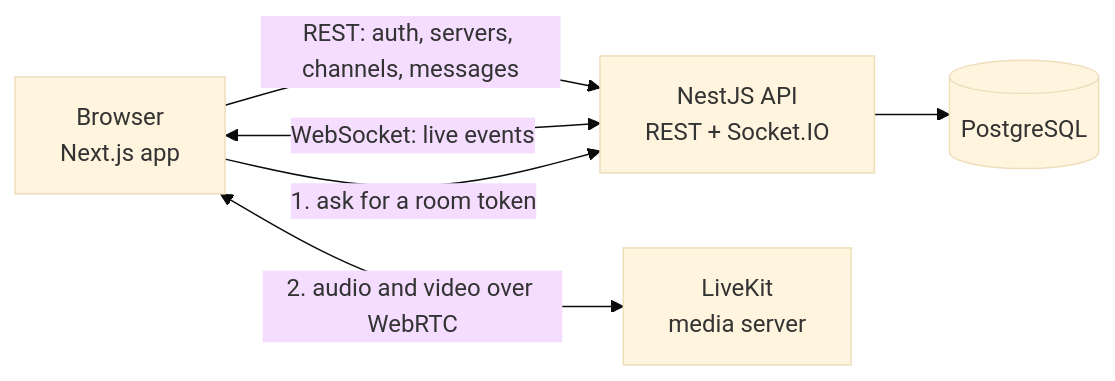
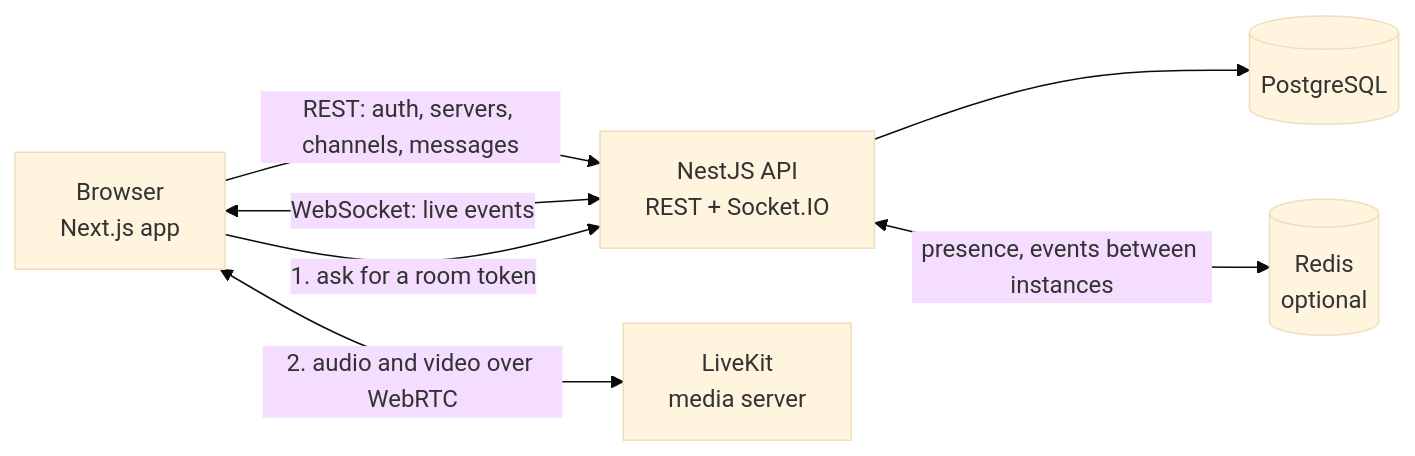
The diagram in README.md (uhuseynov/pulse), drawn with Mermaid (base theme) before and after one commit. The commit also changed other lines of this file, not shown here.

Commit message:
Document friends, direct messages, roles, idle status and Redis

````diff
--- a/README.md
+++ b/README.md
@@ -75,13 +89,15 @@
 ```mermaid
 flowchart LR
     Browser["Browser<br/>Next.js app"]
     API["NestJS API<br/>REST + Socket.IO"]
     DB[("PostgreSQL")]
+    RD[("Redis<br/>optional")]
     LK["LiveKit<br/>media server"]
 
     Browser -- "REST: auth, servers, channels, messages" --> API
     Browser <-- "WebSocket: live events" --> API
     API --> DB
+    API <-- "presence, events between instances" --> RD
     Browser -- "1. ask for a room token" --> API
     Browser <-- "2. audio and video over WebRTC" --> LK
 ```
````
